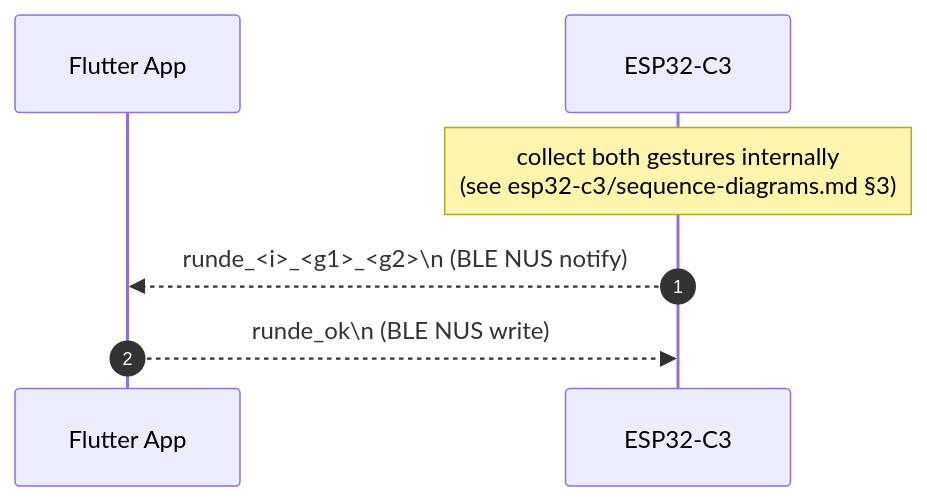
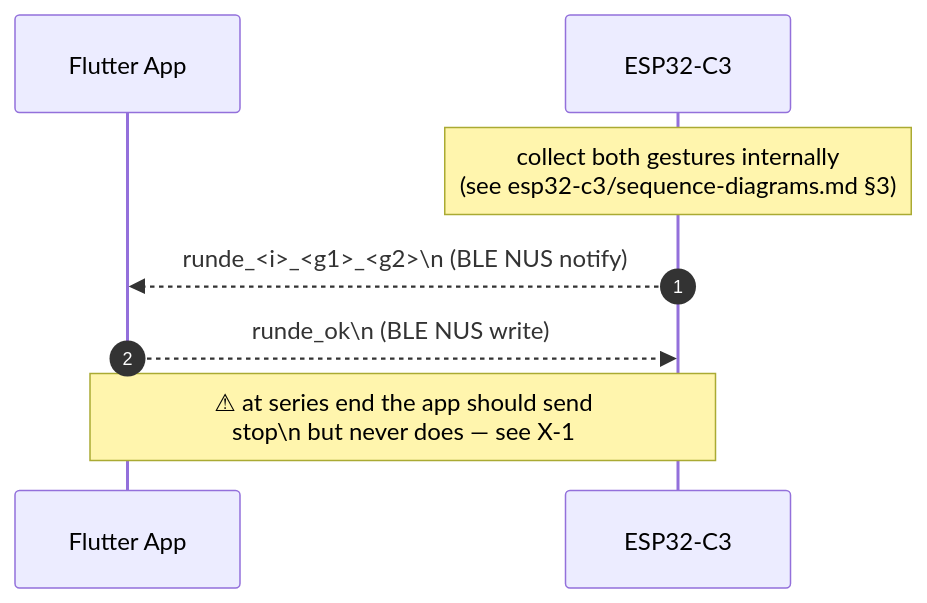
One commit to Hubert005/IoT_Projekt changed the second of 3 diagrams in docs/cross-dependencies/sequence-diagrams.md. Above: the diagram before and after it, drawn with Mermaid. The commit also changed other lines of this file and 19 other files, not shown here.

````diff
--- a/docs/cross-dependencies/sequence-diagrams.md
+++ b/docs/cross-dependencies/sequence-diagrams.md
@@ -28,9 +28,10 @@
 ```mermaid
 sequenceDiagram
     autonumber
     participant App as Flutter App
     participant ESP as ESP32-C3
     Note over ESP: collect both gestures internally<br/>(see esp32-c3/sequence-diagrams.md §3)
     ESP-->>App: runde_<i>_<g1>_<g2>\n   (BLE NUS notify)
     App-->>ESP: runde_ok\n              (BLE NUS write)
+    Note over App,ESP: ⚠ at series end the app should send<br/>stop\n but never does — see X-1
 ```
````
